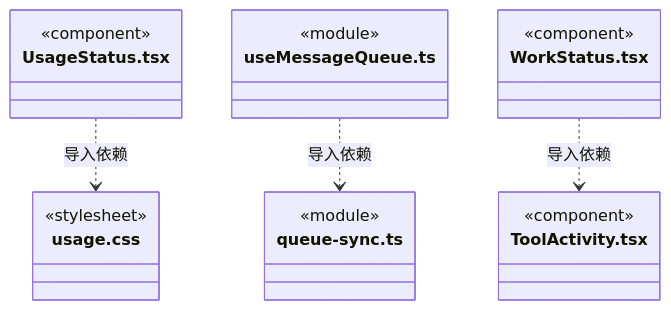
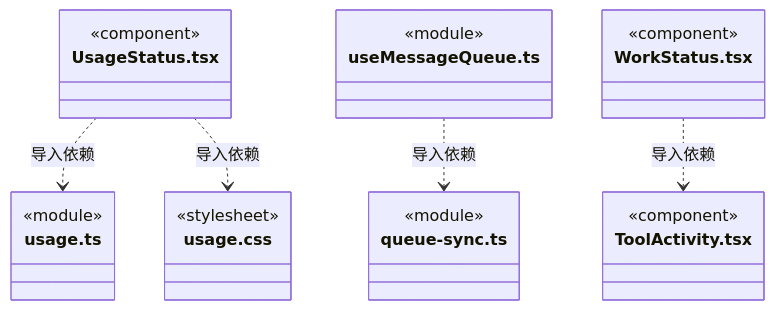
Before and after one commit to nan023062/cbim: diagram 35 of 36 in src/frontend/conversation/ARCHITECTURE.md, drawn with Mermaid. The commit also changed other lines of this file and 49 other files, not shown here.

````diff
--- a/src/frontend/conversation/ARCHITECTURE.md
+++ b/src/frontend/conversation/ARCHITECTURE.md
@@ -506,24 +521,28 @@
 ```mermaid
 classDiagram
 class N_src_frontend_conversation_UsageStatus_tsx["UsageStatus.tsx"] {
   <<component>>
+}
+class N_src_frontend_conversation_usage_ts["usage.ts"] {
+  <<module>>
 }
 class N_src_frontend_conversation_usage_css["usage.css"] {
   <<stylesheet>>
 }
 class N_src_frontend_conversation_useMessageQueue_ts["useMessageQueue.ts"] {
   <<module>>
 }
 class N_src_frontend_conversation_queue_sync_ts["queue-sync.ts"] {
   <<module>>
 }
 class N_src_frontend_conversation_WorkStatus_tsx["WorkStatus.tsx"] {
   <<component>>
 }
 class N_src_frontend_conversation_ToolActivity_tsx["ToolActivity.tsx"] {
   <<component>>
 }
+N_src_frontend_conversation_UsageStatus_tsx ..> N_src_frontend_conversation_usage_ts : 导入依赖
 N_src_frontend_conversation_UsageStatus_tsx ..> N_src_frontend_conversation_usage_css : 导入依赖
 N_src_frontend_conversation_useMessageQueue_ts ..> N_src_frontend_conversation_queue_sync_ts : 导入依赖
 N_src_frontend_conversation_WorkStatus_tsx ..> N_src_frontend_conversation_ToolActivity_tsx : 导入依赖
 ```
````
